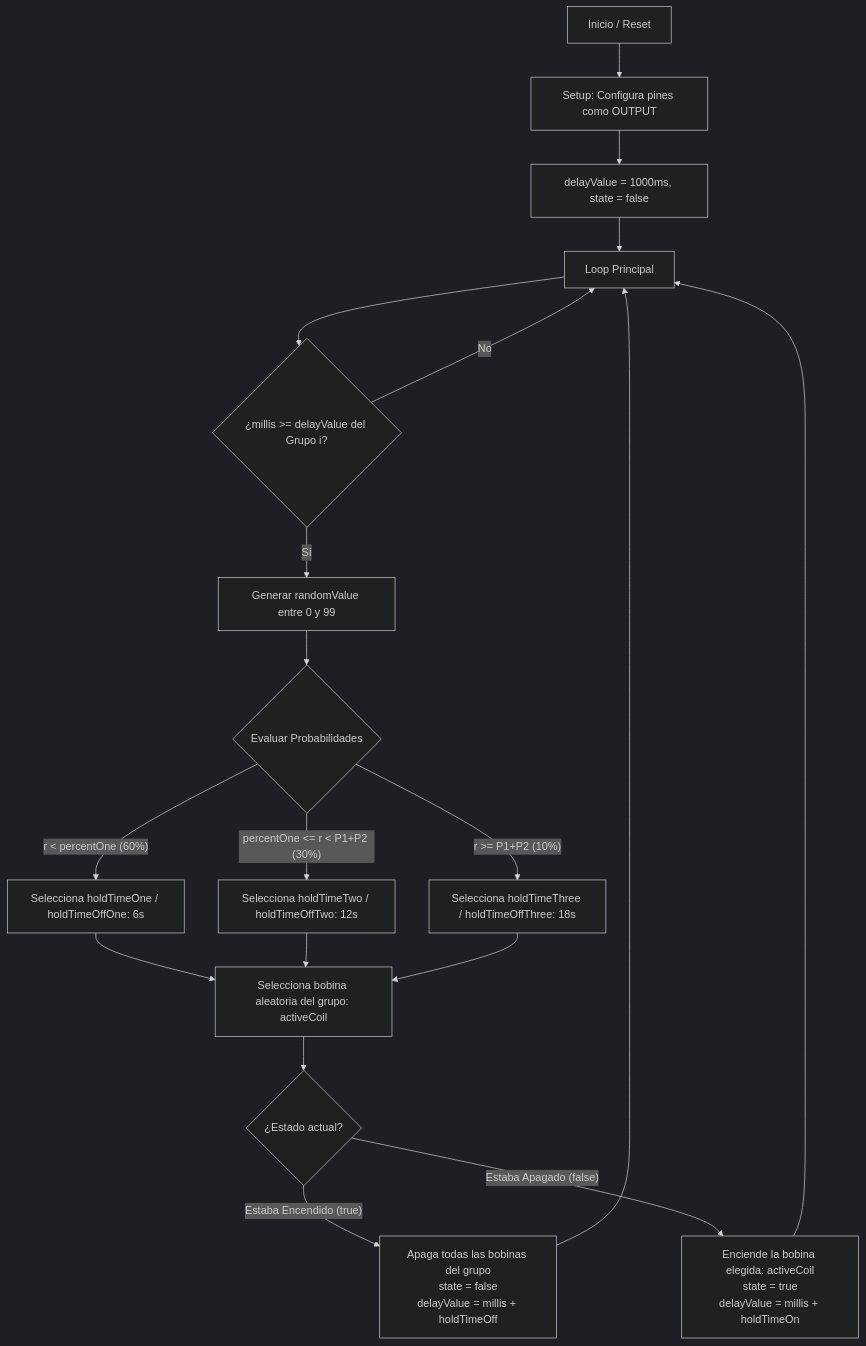
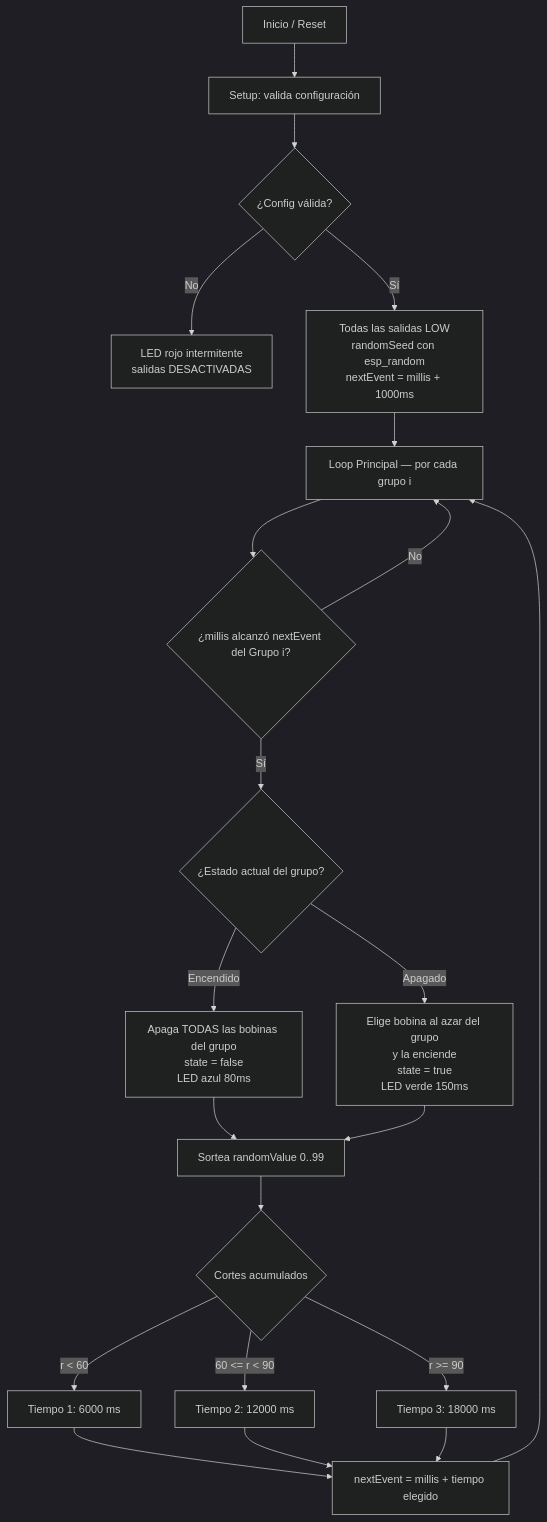
The diagram in README.md (Alba-Triana-Studio/DFE), drawn with Mermaid (dark theme) before and after one commit. The commit also changed other lines of this file and 1 other file, not shown here.

````diff
--- a/README.md
+++ b/README.md
@@ -106,21 +122,23 @@
 ```mermaid
 flowchart TD
-    A[Inicio / Reset] --> B[Setup: Configura pines como OUTPUT]
-    B --> C[delayValue = 1000ms, state = false]
-    C --> D[Loop Principal]
-    D --> E{¿millis >= delayValue del Grupo i?}
+    A[Inicio / Reset] --> B[Setup: valida configuración]
+    B --> B2{¿Config válida?}
+    B2 -- No --> BX[LED rojo intermitente<br>salidas DESACTIVADAS]
+    B2 -- Sí --> C[Todas las salidas LOW<br>randomSeed con esp_random<br>nextEvent = millis + 1000ms]
+    C --> D[Loop Principal — por cada grupo i]
+    D --> E{¿millis alcanzó nextEvent del Grupo i?}
     E -- No --> D
-    E -- Sí --> F[Generar randomValue entre 0 y 99]
-    F --> G{Evaluar Probabilidades}
-    G -- "r < percentOne (60%)" --> H1[Selecciona holdTimeOne / holdTimeOffOne: 6s]
-    G -- "percentOne <= r < P1+P2 (30%)" --> H2[Selecciona holdTimeTwo / holdTimeOffTwo: 12s]
-    G -- "r >= P1+P2 (10%)" --> H3[Selecciona holdTimeThree / holdTimeOffThree: 18s]
-    H1 --> I[Selecciona bobina aleatoria del grupo: activeCoil]
-    H2 --> I
-    H3 --> I
-    I --> J{¿Estado actual?}
-    J -- Estaba Encendido (true) --> K[Apaga todas las bobinas del grupo<br>state = false<br>delayValue = millis + holdTimeOff]
-    J -- Estaba Apagado (false) --> L[Enciende la bobina elegida: activeCoil<br>state = true<br>delayValue = millis + holdTimeOn]
-    K --> D
-    L --> D
+    E -- Sí --> J{¿Estado actual del grupo?}
+    J -- Encendido --> K[Apaga TODAS las bobinas del grupo<br>state = false<br>LED azul 80ms]
+    J -- Apagado --> L[Elige bobina al azar del grupo<br>y la enciende<br>state = true<br>LED verde 150ms]
+    K --> F[Sortea randomValue 0..99]
+    L --> F
+    F --> G{Cortes acumulados}
+    G -- "r < 60" --> H1[Tiempo 1: 6000 ms]
+    G -- "60 <= r < 90" --> H2[Tiempo 2: 12000 ms]
+    G -- "r >= 90" --> H3[Tiempo 3: 18000 ms]
+    H1 --> M[nextEvent = millis + tiempo elegido]
+    H2 --> M
+    H3 --> M
+    M --> D
 ```
````
